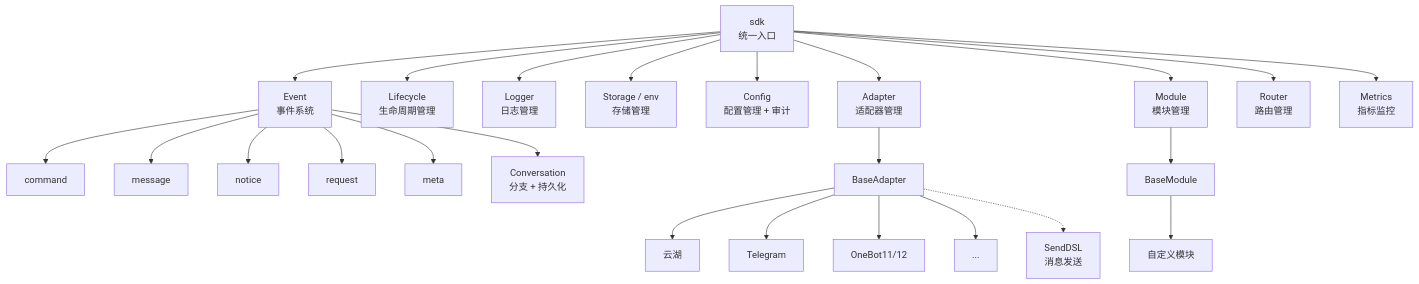
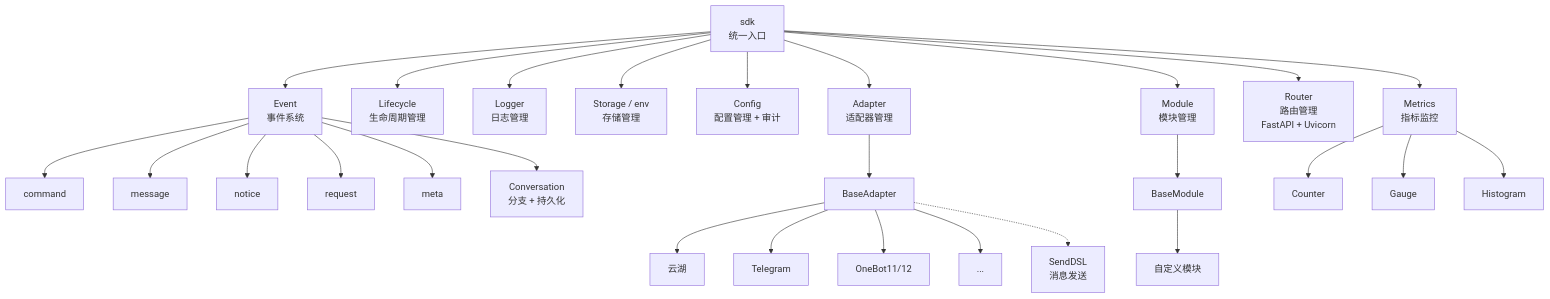
Before and after one commit to ErisPulse/ErisPulse: the first of 5 diagrams in docs/zh-CN/architecture.md, drawn with Mermaid. The commit also changed other lines of this file and 24 other files, not shown here.

````diff
--- a/docs/zh-CN/architecture.md
+++ b/docs/zh-CN/architecture.md
@@ -9,32 +9,36 @@
 ```mermaid
 graph TB
     SDK["sdk<br/>统一入口"]
 
     SDK --> Event["Event<br/>事件系统"]
     SDK --> Lifecycle["Lifecycle<br/>生命周期管理"]
     SDK --> Logger["Logger<br/>日志管理"]
     SDK --> Storage["Storage / env<br/>存储管理"]
     SDK --> Config["Config<br/>配置管理 + 审计"]
     SDK --> AdapterMgr["Adapter<br/>适配器管理"]
     SDK --> ModuleMgr["Module<br/>模块管理"]
-    SDK --> Router["Router<br/>路由管理"]
+    SDK --> Router["Router<br/>路由管理<br/>FastAPI + Uvicorn"]
     SDK --> Metrics["Metrics<br/>指标监控"]
 
     Event --> Command["command"]
     Event --> Message["message"]
     Event --> Notice["notice"]
     Event --> Request["request"]
     Event --> Meta["meta"]
     Event --> Conversation["Conversation<br/>分支 + 持久化"]
 
     AdapterMgr --> BaseAdapter["BaseAdapter"]
     BaseAdapter --> P1["云湖"]
     BaseAdapter --> P2["Telegram"]
     BaseAdapter --> P3["OneBot11/12"]
     BaseAdapter --> PN["..."]
 
     ModuleMgr --> BaseModule["BaseModule"]
     BaseModule --> CM["自定义模块"]
 
     BaseAdapter -.-> SendDSL["SendDSL<br/>消息发送"]
+
+    Metrics --> Counter["Counter"]
+    Metrics --> Gauge["Gauge"]
+    Metrics --> Histogram["Histogram"]
 ```
````
